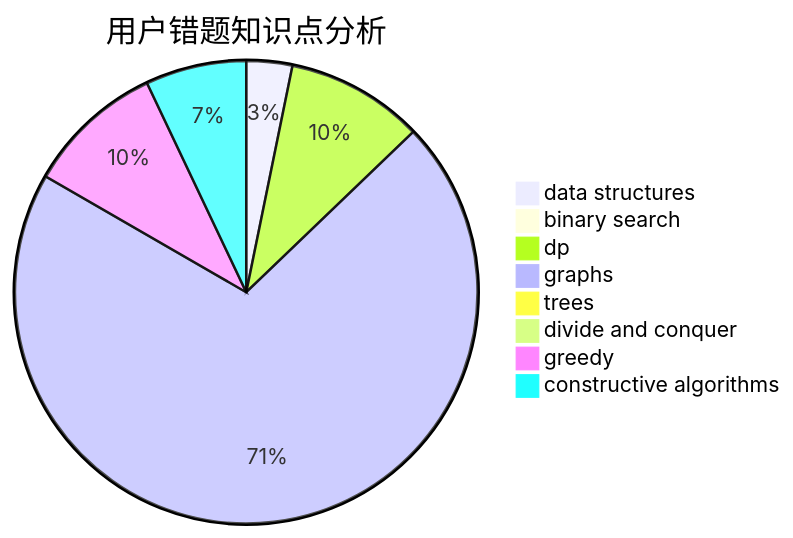
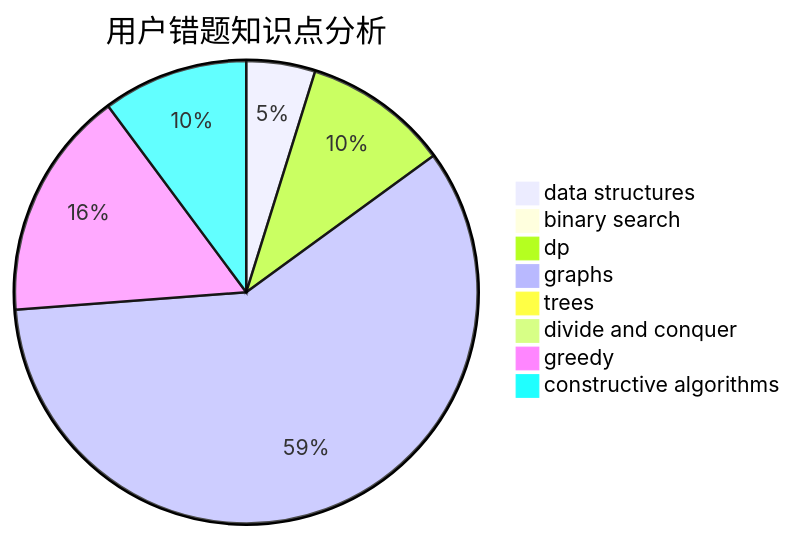
The third of 3 diagrams in docs/user/u2020.md (sherpahu/cfrs.github.io), drawn with Mermaid before and after one commit. The commit also changed other lines of this file and 2770 other files, not shown here.

````diff
--- a/docs/user/u2020.md
+++ b/docs/user/u2020.md
@@ -36,11 +36,11 @@
 ```mermaid
 pie title 用户错题知识点分析
-    "data structures" :  5
+    "data structures" :  9
     "binary search" :  0
-    "dp" :  15
+    "dp" :  19
     "graphs" :  110
     "trees" :  0
     "divide and conquer" :  0
-    "greedy" :  15
-    "constructive algorithms" :  11
+    "greedy" :  30
+    "constructive algorithms" :  19
 ```
````
